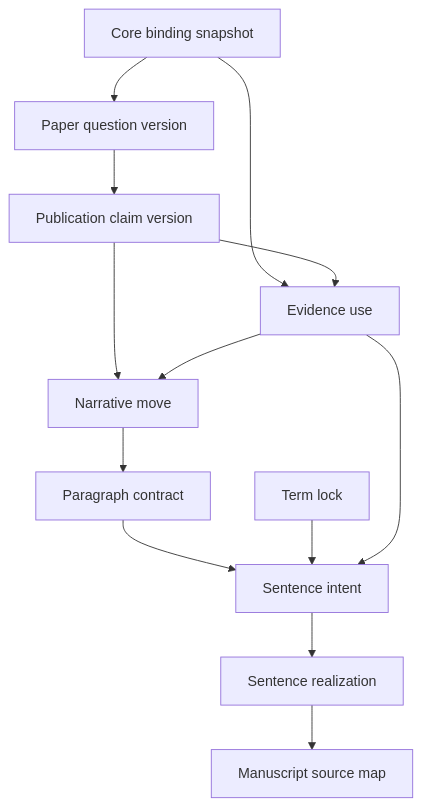
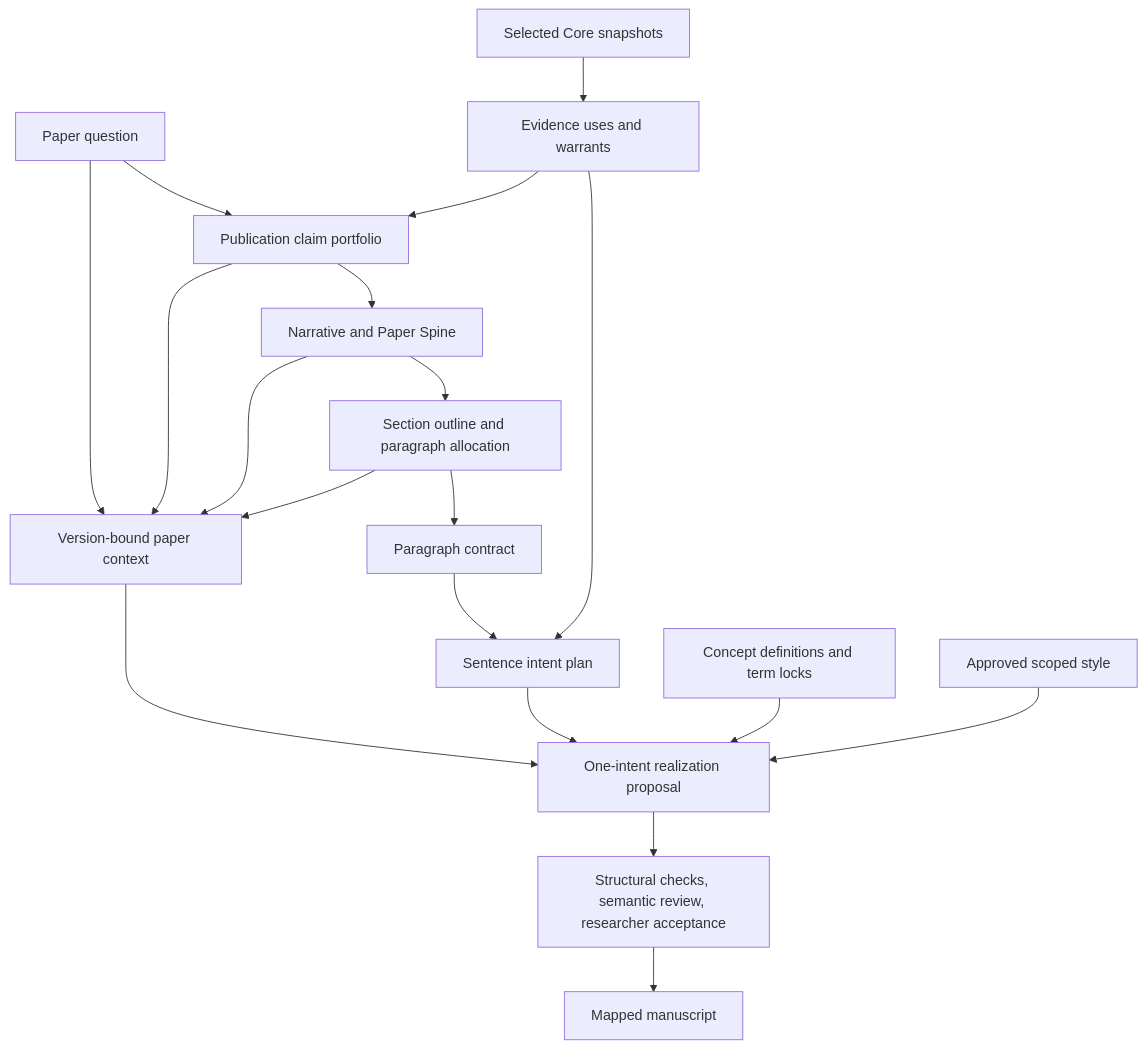
Before and after one commit to rka-project/rka-writer: the diagram in docs/architecture/authoring-graph.md, drawn with Mermaid. The commit also changed other lines of this file and 30 other files, not shown here.

````diff
--- a/docs/architecture/authoring-graph.md
+++ b/docs/architecture/authoring-graph.md
@@ -6,15 +8,21 @@
 ```mermaid
 flowchart TD
-    Core["Core binding snapshot"] --> PQ["Paper question version"]
-    PQ --> PC["Publication claim version"]
-    Core --> EU["Evidence use"]
-    PC --> EU
-    PC --> NM["Narrative move"]
-    EU --> NM
-    NM --> Para["Paragraph contract"]
-    Para --> SI["Sentence intent"]
-    Term["Term lock"] --> SI
+    Core["Selected Core snapshots"] --> EU["Evidence uses and warrants"]
+    Q["Paper question"] --> C["Publication claim portfolio"]
+    EU --> C
+    C --> Spine["Narrative and Paper Spine"]
+    Spine --> O["Section outline and paragraph allocation"]
+    O --> PC["Paragraph contract"]
+    PC --> SI["Sentence intent plan"]
     EU --> SI
-    SI --> SR["Sentence realization"]
-    SR --> Source["Manuscript source map"]
+    Q --> Capsule["Version-bound paper context"]
+    C --> Capsule
+    Spine --> Capsule
+    O --> Capsule
+    Capsule --> R["One-intent realization proposal"]
+    SI --> R
+    T["Concept definitions and term locks"] --> R
+    S["Approved scoped style"] --> R
+    R --> Review["Structural checks, semantic review, researcher acceptance"]
+    Review --> Text["Mapped manuscript"]
 ```
````
